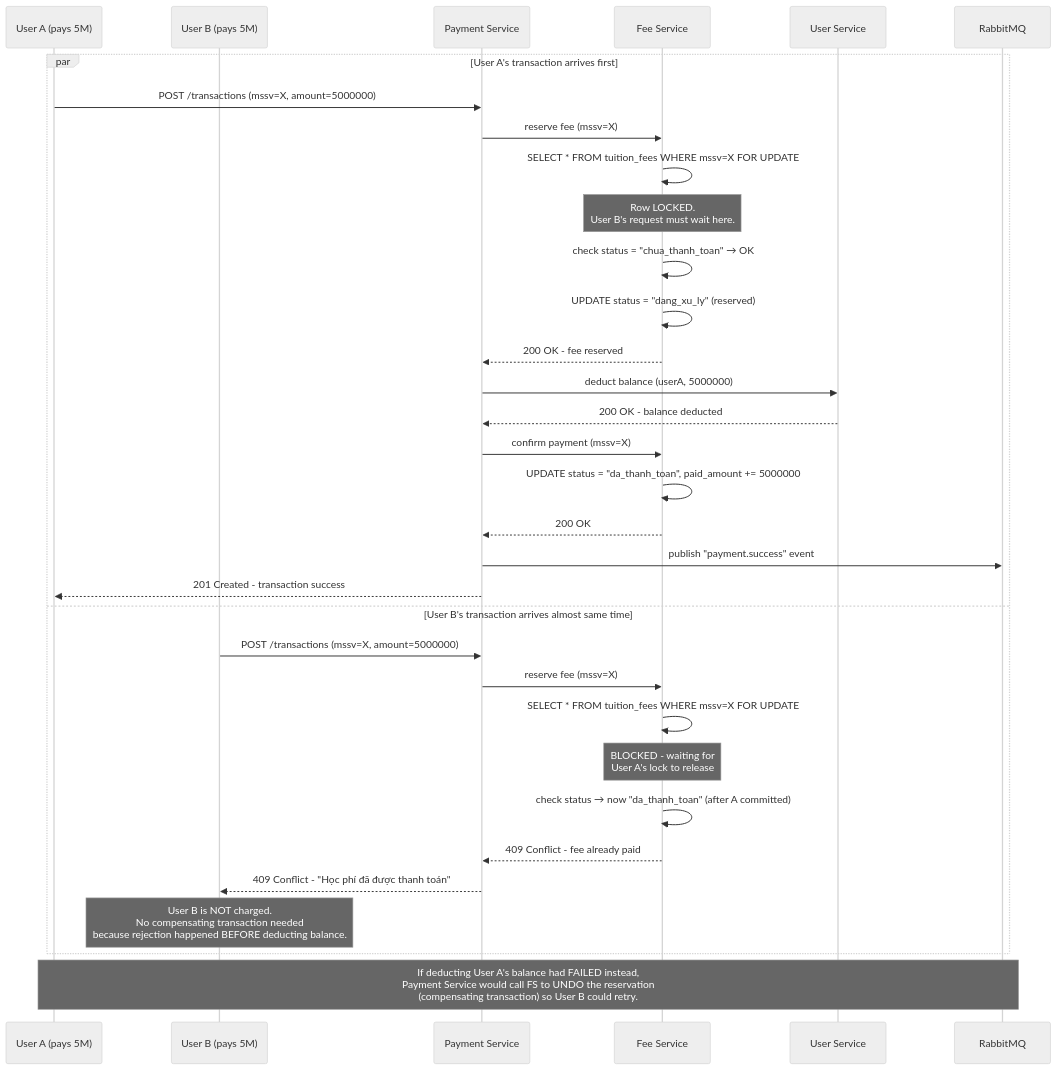
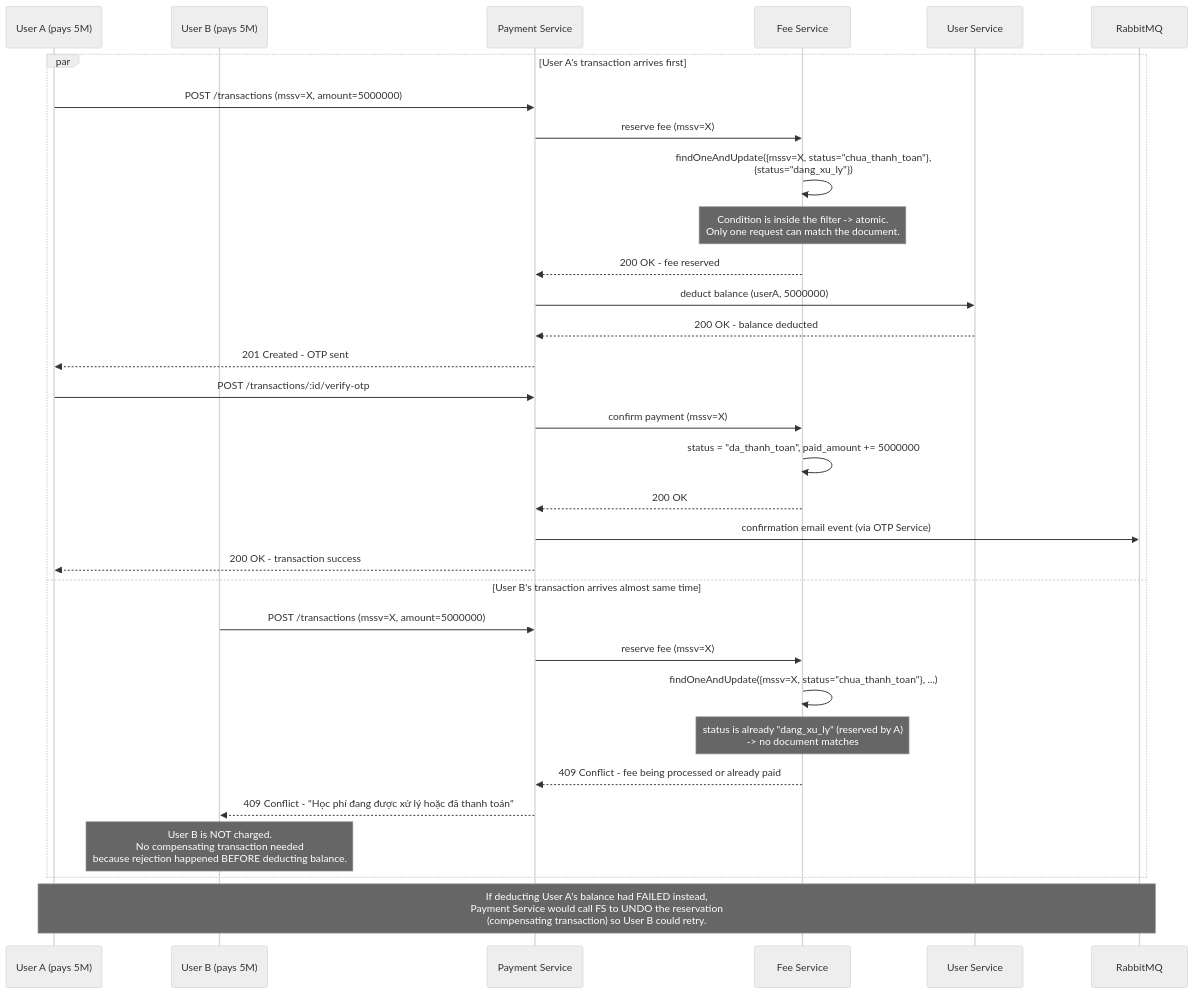
Before and after one commit to anle2072006/iBanking: the diagram in docs/diagrams/sequence_scenario_b.mermaid, drawn with Mermaid (neutral theme). The commit also changed 6 other files, not shown here.

```diff
--- a/docs/diagrams/sequence_scenario_b.mermaid
+++ b/docs/diagrams/sequence_scenario_b.mermaid
@@ -1,35 +1,34 @@
 sequenceDiagram
     participant A as User A (pays 5M)
     participant B as User B (pays 5M)
     participant PS as Payment Service
     participant FS as Fee Service
     participant US as User Service
     participant MQ as RabbitMQ
 
     par User A's transaction arrives first
         A->>PS: POST /transactions (mssv=X, amount=5000000)
         PS->>FS: reserve fee (mssv=X)
-        FS->>FS: SELECT * FROM tuition_fees WHERE mssv=X FOR UPDATE
-        Note over FS: Row LOCKED.<br/>User B's request must wait here.
-        FS->>FS: check status = "chua_thanh_toan" → OK
-        FS->>FS: UPDATE status = "dang_xu_ly" (reserved)
+        FS->>FS: findOneAndUpdate({mssv=X, status="chua_thanh_toan"},<br/>{status="dang_xu_ly"})
+        Note over FS: Condition is inside the filter -> atomic.<br/>Only one request can match the document.
         FS-->>PS: 200 OK - fee reserved
         PS->>US: deduct balance (userA, 5000000)
         US-->>PS: 200 OK - balance deducted
+        PS-->>A: 201 Created - OTP sent
+        A->>PS: POST /transactions/:id/verify-otp
         PS->>FS: confirm payment (mssv=X)
-        FS->>FS: UPDATE status = "da_thanh_toan", paid_amount += 5000000
+        FS->>FS: status = "da_thanh_toan", paid_amount += 5000000
         FS-->>PS: 200 OK
-        PS->>MQ: publish "payment.success" event
-        PS-->>A: 201 Created - transaction success
+        PS->>MQ: confirmation email event (via OTP Service)
+        PS-->>A: 200 OK - transaction success
     and User B's transaction arrives almost same time
         B->>PS: POST /transactions (mssv=X, amount=5000000)
         PS->>FS: reserve fee (mssv=X)
-        FS->>FS: SELECT * FROM tuition_fees WHERE mssv=X FOR UPDATE
-        Note over FS: BLOCKED - waiting for<br/>User A's lock to release
-        FS->>FS: check status → now "da_thanh_toan" (after A committed)
-        FS-->>PS: 409 Conflict - fee already paid
-        PS-->>B: 409 Conflict - "Học phí đã được thanh toán"
+        FS->>FS: findOneAndUpdate({mssv=X, status="chua_thanh_toan"}, ...)
+        Note over FS: status is already "dang_xu_ly" (reserved by A)<br/>-> no document matches
+        FS-->>PS: 409 Conflict - fee being processed or already paid
+        PS-->>B: 409 Conflict - "Học phí đang được xử lý hoặc đã thanh toán"
         Note over B: User B is NOT charged.<br/>No compensating transaction needed<br/>because rejection happened BEFORE deducting balance.
     end
 
     Note over A,MQ: If deducting User A's balance had FAILED instead,<br/>Payment Service would call FS to UNDO the reservation<br/>(compensating transaction) so User B could retry.
```
